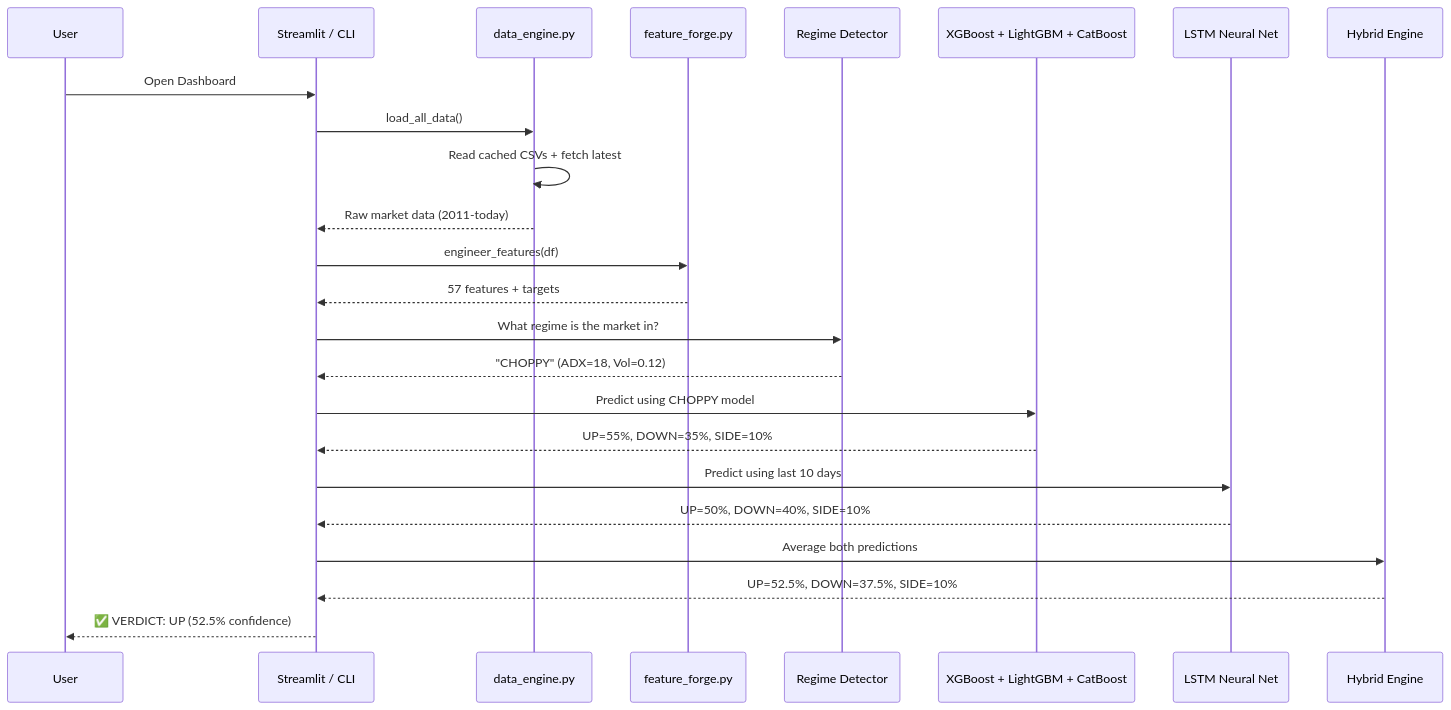
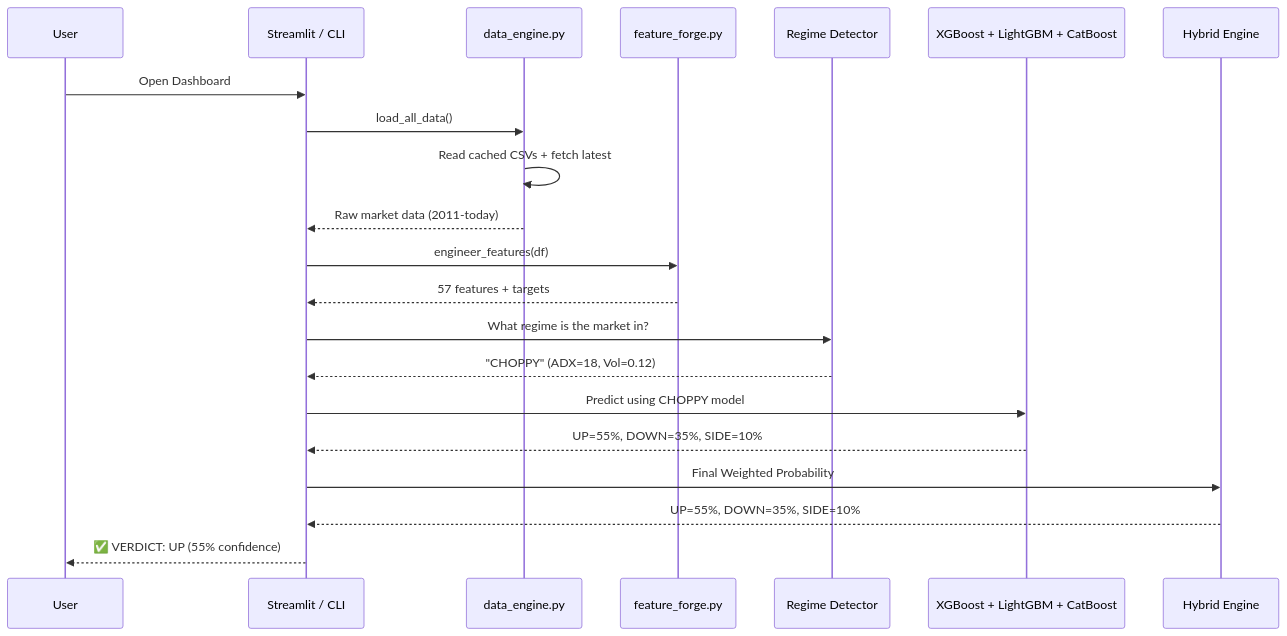
One commit to pravindev666/David-ML-Scanner-V2 changed the second of 7 diagrams in README.md. Above: the diagram before and after it, drawn with Mermaid. The commit also changed other lines of this file and 26 other files, not shown here.

````diff
--- a/README.md
+++ b/README.md
@@ -91,33 +89,29 @@
 ```mermaid
 sequenceDiagram
     participant User
     participant App as Streamlit / CLI
     participant Data as data_engine.py
     participant FE as feature_forge.py
     participant Regime as Regime Detector
     participant Trees as XGBoost + LightGBM + CatBoost
-    participant LSTM as LSTM Neural Net
     participant Hybrid as Hybrid Engine
 
     User->>App: Open Dashboard
     App->>Data: load_all_data()
     Data->>Data: Read cached CSVs + fetch latest
     Data-->>App: Raw market data (2011-today)
     
     App->>FE: engineer_features(df)
     FE-->>App: 57 features + targets
     
     App->>Regime: What regime is the market in?
     Regime-->>App: "CHOPPY" (ADX=18, Vol=0.12)
     
     App->>Trees: Predict using CHOPPY model
     Trees-->>App: UP=55%, DOWN=35%, SIDE=10%
     
-    App->>LSTM: Predict using last 10 days
-    LSTM-->>App: UP=50%, DOWN=40%, SIDE=10%
+    App->>Hybrid: Final Weighted Probability
+    Hybrid-->>App: UP=55%, DOWN=35%, SIDE=10%
     
-    App->>Hybrid: Average both predictions
-    Hybrid-->>App: UP=52.5%, DOWN=37.5%, SIDE=10%
-    
-    App-->>User: ✅ VERDICT: UP (52.5% confidence)
+    App-->>User: ✅ VERDICT: UP (55% confidence)
 ```
````
